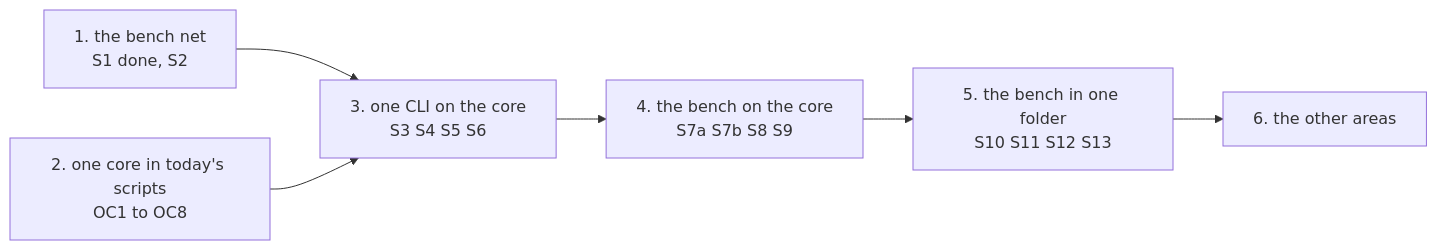
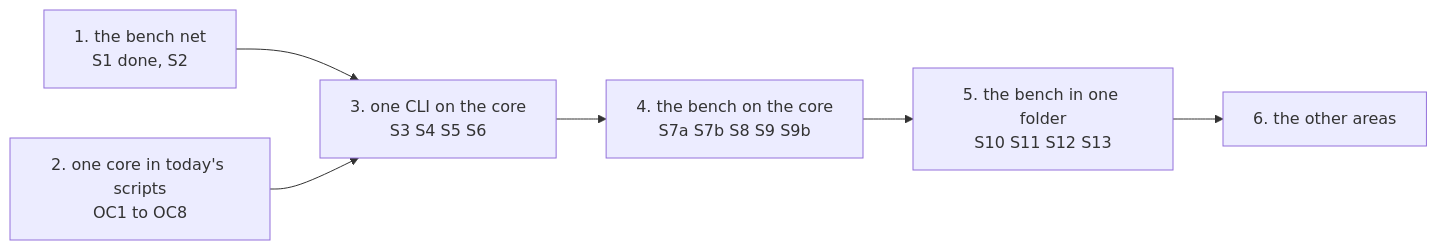
The fifth of 5 diagrams in docs/discovery/2026-10-19-p323-target-architecture/architecture/refactor-plan.md (xmejkal/spark), drawn with Mermaid before and after one commit. The commit also changed other lines of this file and 5 other files, not shown here.

````diff
--- a/docs/discovery/2026-10-19-p323-target-architecture/architecture/refactor-plan.md
+++ b/docs/discovery/2026-10-19-p323-target-architecture/architecture/refactor-plan.md
@@ -398,8 +414,8 @@
 ```mermaid
 flowchart LR
   ST1["1. the bench net<br/>S1 done, S2"] --> ST3
   ST2["2. one core in today's scripts<br/>OC1 to OC8"] --> ST3["3. one CLI on the core<br/>S3 S4 S5 S6"]
-  ST3 --> ST4["4. the bench on the core<br/>S7a S7b S8 S9"]
+  ST3 --> ST4["4. the bench on the core<br/>S7a S7b S8 S9 S9b"]
   ST4 --> ST5["5. the bench in one folder<br/>S10 S11 S12 S13"]
   ST5 --> ST6["6. the other areas"]
 ```
````
